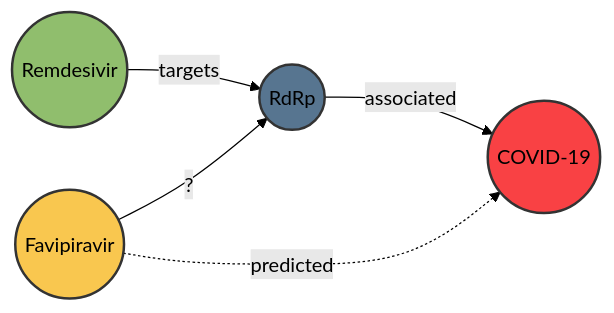
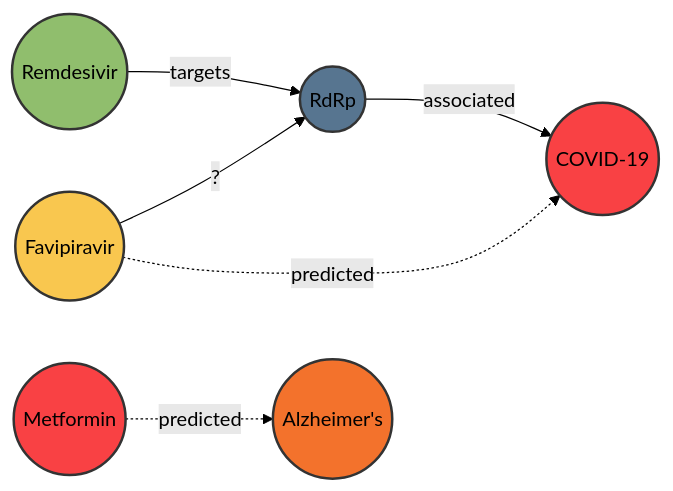
Before and after one commit to phiwi/graphnn_lecture: the eighth of 10 diagrams in slides.md, drawn with Mermaid (forest theme). The commit also changed other lines of this file and 2 other files, not shown here.

````diff
--- a/slides.md
+++ b/slides.md
@@ -426,11 +1219,14 @@
 ```mermaid
 graph LR
   DrugA((Remdesivir)) -- targets --> Prot1((RdRp))
   Prot1 -- associated --> Dis1((COVID-19))
   DrugB((Favipiravir)) -- ? --> Prot1
   DrugB -. predicted .-> Dis1
+  DrugC((Metformin)) -. predicted .-> Dis2((Alzheimer's))
   style DrugA fill:#90be6d,stroke:#333,stroke-width:2px
   style DrugB fill:#f9c74f,stroke:#333,stroke-width:2px
+  style DrugC fill:#f94144,stroke:#333,stroke-width:2px
   style Prot1 fill:#577590,stroke:#333,stroke-width:2px
   style Dis1 fill:#f94144,stroke:#333,stroke-width:2px
+  style Dis2 fill:#f3722c,stroke:#333,stroke-width:2px
 ```
````
